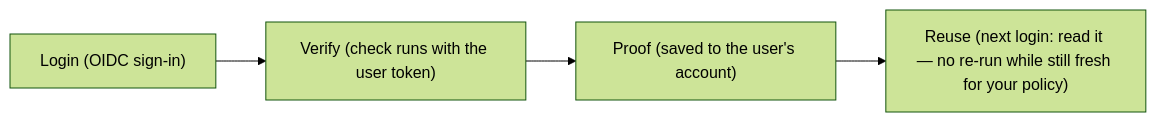
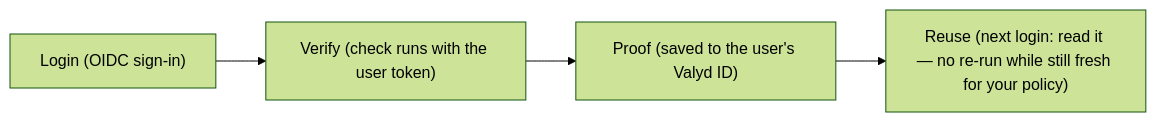
Before and after one commit to valyd-id/documentation: the diagram in content/verifications/managed.md, drawn with Mermaid (forest theme). The commit also changed other lines of this file and 83 other files, not shown here.

````diff
--- a/content/verifications/managed.md
+++ b/content/verifications/managed.md
@@ -5,4 +12,4 @@
 ```mermaid
 flowchart LR
-    L["Login (OIDC sign-in)"] --> V["Verify (check runs with the user token)"] --> P["Proof (saved to the user's account)"] --> R["Reuse (next login: read it — no re-run while still fresh for your policy)"]
+    L["Login (OIDC sign-in)"] --> V["Verify (check runs with the user token)"] --> P["Proof (saved to the user's Valyd ID)"] --> R["Reuse (next login: read it — no re-run while still fresh for your policy)"]
 ```
````
